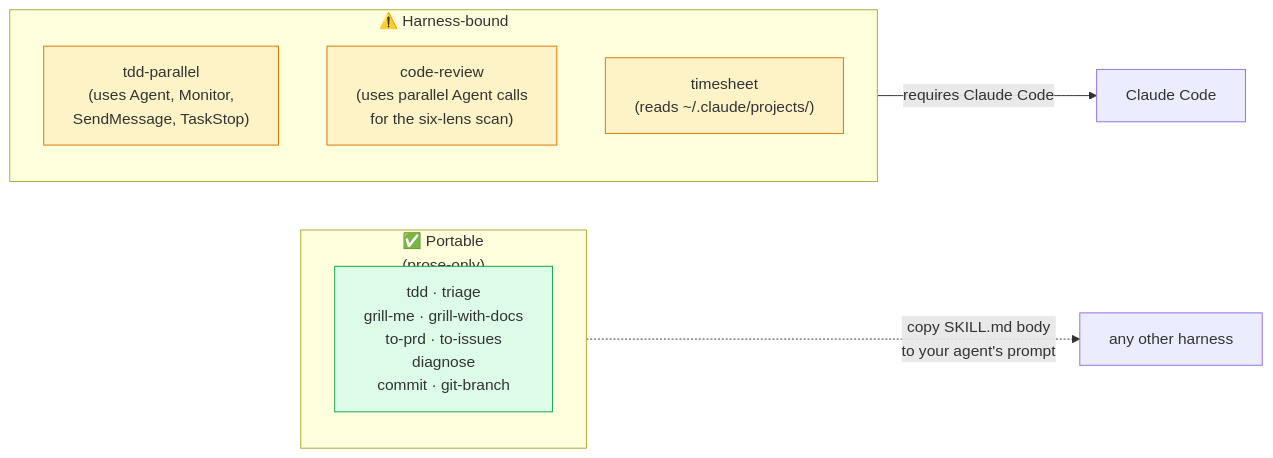
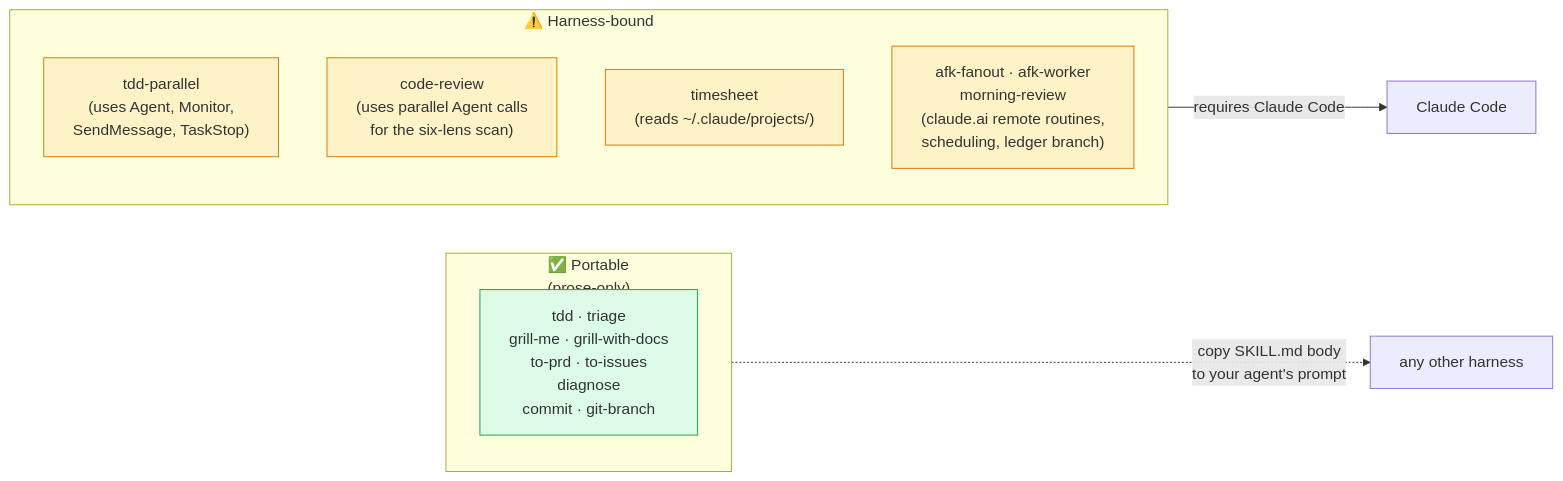
The first of 5 diagrams in docs/faq.md (ZunoSmartLabs/zsl-superpowers), drawn with Mermaid before and after one commit. The commit also changed other lines of this file and 13 other files, not shown here.

First line of the commit message:
docs: merge the loop narrative, add why/remote-agents/architecture pages

````diff
--- a/docs/faq.md
+++ b/docs/faq.md
@@ -17,18 +17,19 @@
 ```mermaid
 flowchart LR
     subgraph portable["✅ Portable<br/>(prose-only)"]
         p1["tdd · triage<br/>grill-me · grill-with-docs<br/>to-prd · to-issues<br/>diagnose<br/>commit · git-branch"]
     end
     subgraph harness["⚠️ Harness-bound"]
         h1["tdd-parallel<br/>(uses Agent, Monitor,<br/>SendMessage, TaskStop)"]
         h3["code-review<br/>(uses parallel Agent calls<br/>for the six-lens scan)"]
         h2["timesheet<br/>(reads ~/.claude/projects/)"]
+        h4["afk-fanout · afk-worker<br/>morning-review<br/>(claude.ai remote routines,<br/>scheduling, ledger branch)"]
     end
     portable -.->|"copy SKILL.md body<br/>to your agent's prompt"| other["any other harness"]
     harness -->|"requires Claude Code"| cc["Claude Code"]
 
     classDef good fill:#dcfce7,stroke:#16a34a;
     classDef bound fill:#fef3c7,stroke:#d97706;
     class p1 good
-    class h1,h2,h3 bound
+    class h1,h2,h3,h4 bound
 ```
````
